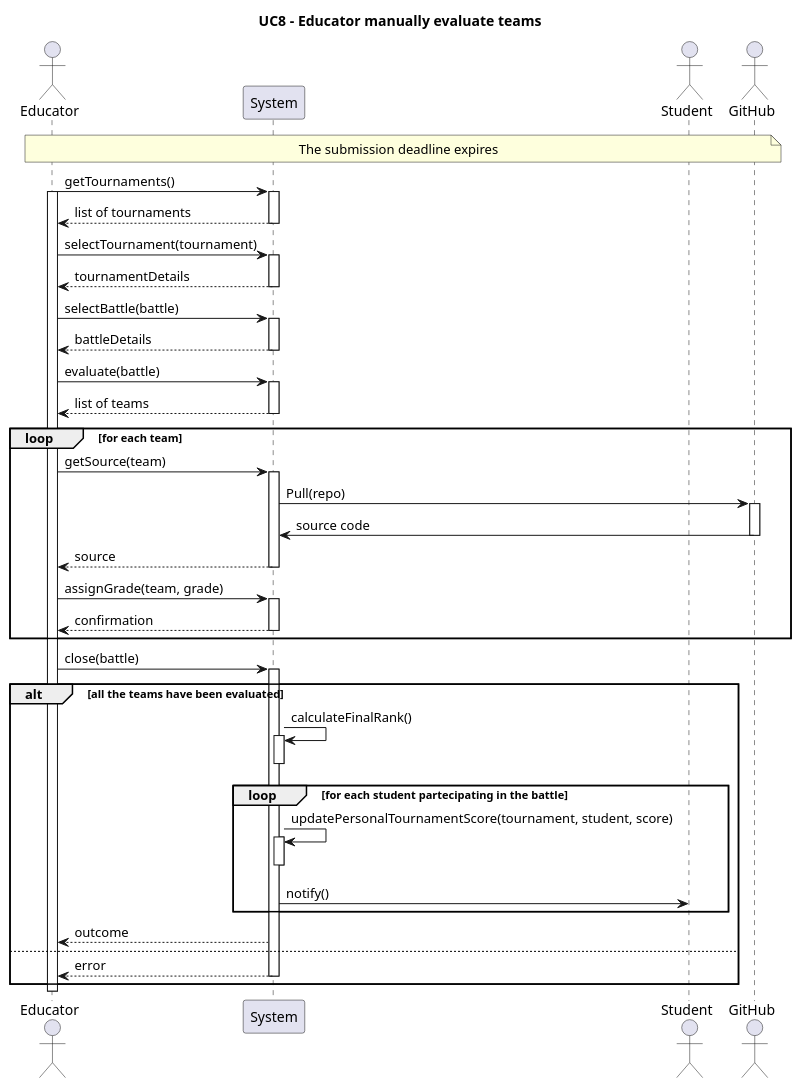
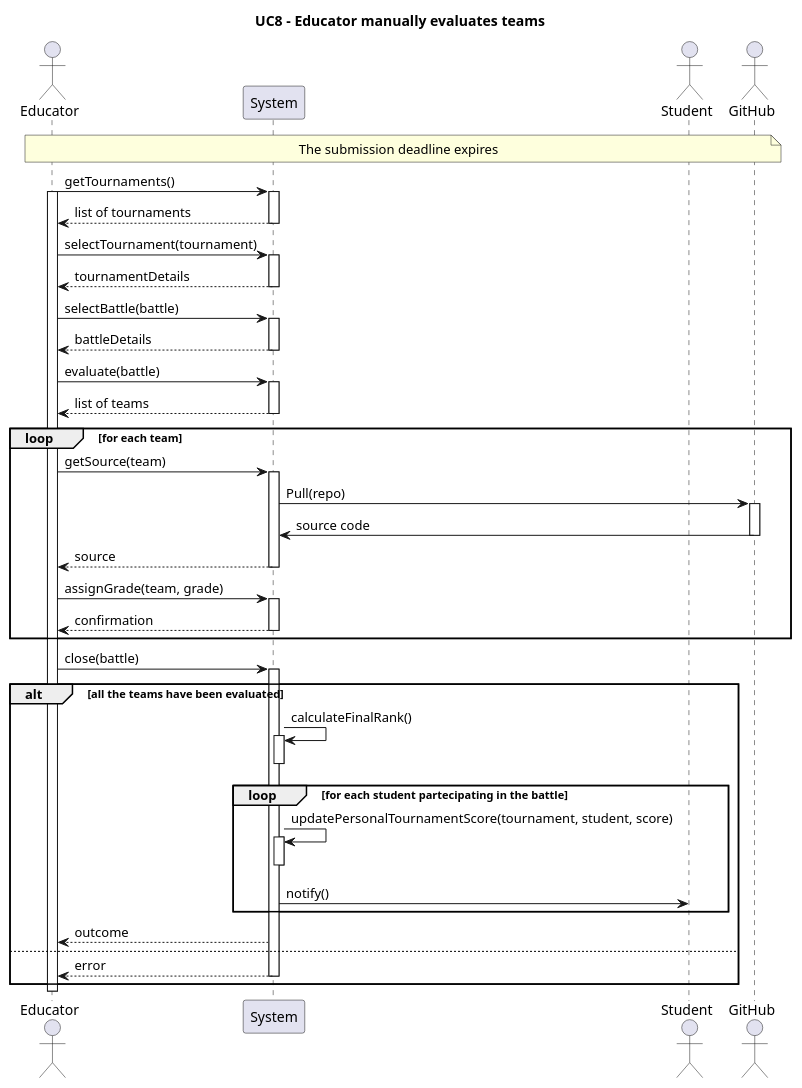
Before and after one commit to Furrrlo/CodeKataBattle: the diagram in rasd/puml/UC8.puml, drawn with PlantUML. The commit also changed 8 other files, not shown here.

```diff
--- a/rasd/puml/UC8.puml
+++ b/rasd/puml/UC8.puml
@@ -1,54 +1,54 @@
 @startuml UC8
-title UC8 - Educator manually evaluate teams
+title UC8 - Educator manually evaluates teams
 actor Educator
 participant System
 actor Student
 actor GitHub
 
 note across: The submission deadline expires
 
 
 Educator -> System ++: getTournaments()
 activate Educator
 System --> Educator--: list of tournaments
 
 
 Educator -> System ++ : selectTournament(tournament)
 Educator <-- System -- : tournamentDetails
 
 Educator -> System ++ : selectBattle(battle)
 Educator <-- System -- : battleDetails
 
 Educator -> System ++ : evaluate(battle)
 Educator <-- System -- : list of teams
 
 loop for each team
     Educator -> System ++ : getSource(team)
     System -> GitHub ++: Pull(repo)
     System <- GitHub --: source code
     Educator <-- System -- : source
 
     Educator -> System ++ : assignGrade(team, grade)
     Educator <-- System -- : confirmation
 end
 
 
 Educator -> System ++ : close(battle)
 
 alt all the teams have been evaluated
 
     System -> System ++-- : calculateFinalRank()
 
     loop for each student partecipating in the battle
         System -> System ++--: updatePersonalTournamentScore(tournament, student, score)
 
         System -> Student : notify()
     end
 
     Educator <-- System  : outcome
 else
     Educator <-- System -- : error
 end
 
 deactivate Educator
 @enduml
```
